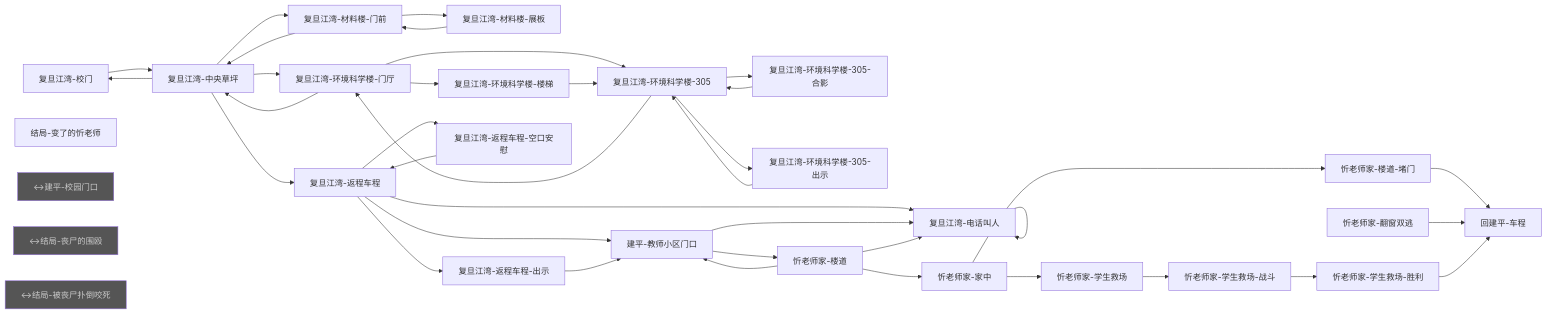
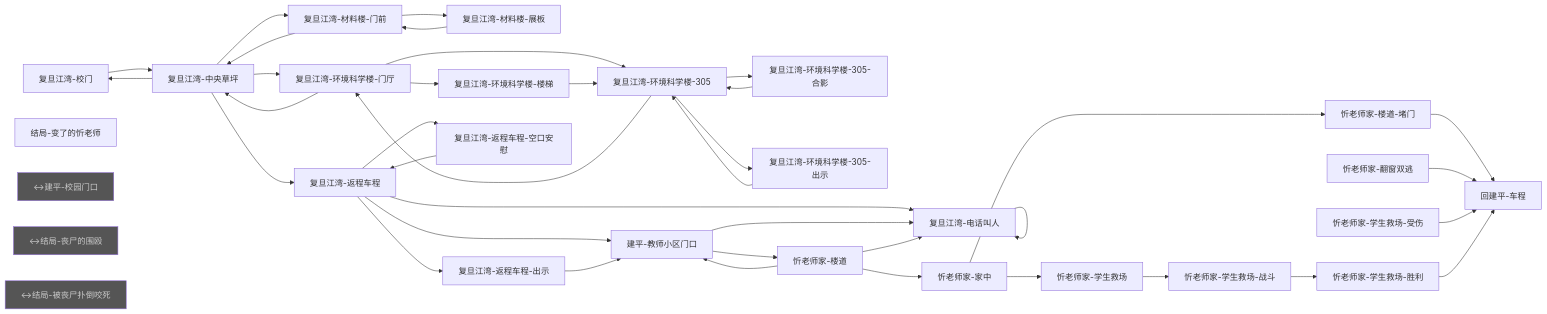
One commit to bobomymz/Plot-Game changed diagram 23 of 25 in tools/graph-report/总览.md. Above: the diagram before and after it, drawn with Mermaid. The commit also changed other lines of this file and 26 other files, not shown here.

````diff
--- a/tools/graph-report/总览.md
+++ b/tools/graph-report/总览.md
@@ -5289,66 +5588,68 @@
 ```mermaid
 flowchart LR
   n0["复旦江湾-校门"]
   n1["复旦江湾-中央草坪"]
   n2["复旦江湾-材料楼-门前"]
   n3["复旦江湾-材料楼-展板"]
   n4["复旦江湾-环境科学楼-门厅"]
   n5["复旦江湾-环境科学楼-楼梯"]
   n6["复旦江湾-环境科学楼-305"]
   n7["复旦江湾-环境科学楼-305-合影"]
   n8["复旦江湾-环境科学楼-305-出示"]
   n9["复旦江湾-返程车程"]
   n10["复旦江湾-返程车程-出示"]
   n11["复旦江湾-返程车程-空口安慰"]
   n12["复旦江湾-电话叫人"]
   n13["建平-教师小区门口"]
   n14["忻老师家-楼道"]
   n15["忻老师家-家中"]
   n16["忻老师家-楼道-堵门"]
   n17["忻老师家-翻窗双逃"]
   n18["忻老师家-学生救场"]
   n19["忻老师家-学生救场-战斗"]
-  n20["忻老师家-学生救场-胜利"]
-  n21["回建平-车程"]
-  n22["结局-变了的忻老师"]
-  n23["↔建平-校园门口"]:::ext
-  n24["↔结局-丧尸的围殴"]:::ext
-  n25["↔结局-被丧尸扑倒咬死"]:::ext
+  n20["忻老师家-学生救场-受伤"]
+  n21["忻老师家-学生救场-胜利"]
+  n22["回建平-车程"]
+  n23["结局-变了的忻老师"]
+  n24["↔建平-校园门口"]:::ext
+  n25["↔结局-丧尸的围殴"]:::ext
+  n26["↔结局-被丧尸扑倒咬死"]:::ext
   n0 --> n1
   n1 --> n2
   n1 --> n4
   n1 --> n0
   n1 --> n9
   n2 --> n3
   n2 --> n1
   n3 --> n2
   n4 --> n5
   n4 --> n1
   n4 --> n6
   n5 --> n6
   n6 --> n7
   n6 --> n8
   n6 --> n4
   n7 --> n6
   n8 --> n6
   n9 --> n12
   n9 --> n10
   n9 --> n11
   n9 --> n13
   n10 --> n13
   n11 --> n9
   n12 --> n12
   n13 --> n14
   n13 --> n12
   n14 --> n15
   n14 --> n13
   n14 --> n12
   n15 --> n16
   n15 --> n18
-  n16 --> n21
-  n17 --> n21
+  n16 --> n22
+  n17 --> n22
   n18 --> n19
-  n19 --> n20
-  n20 --> n21
+  n19 --> n21
+  n20 --> n22
+  n21 --> n22
   classDef ext fill:#555,color:#ccc;
 ```
````
